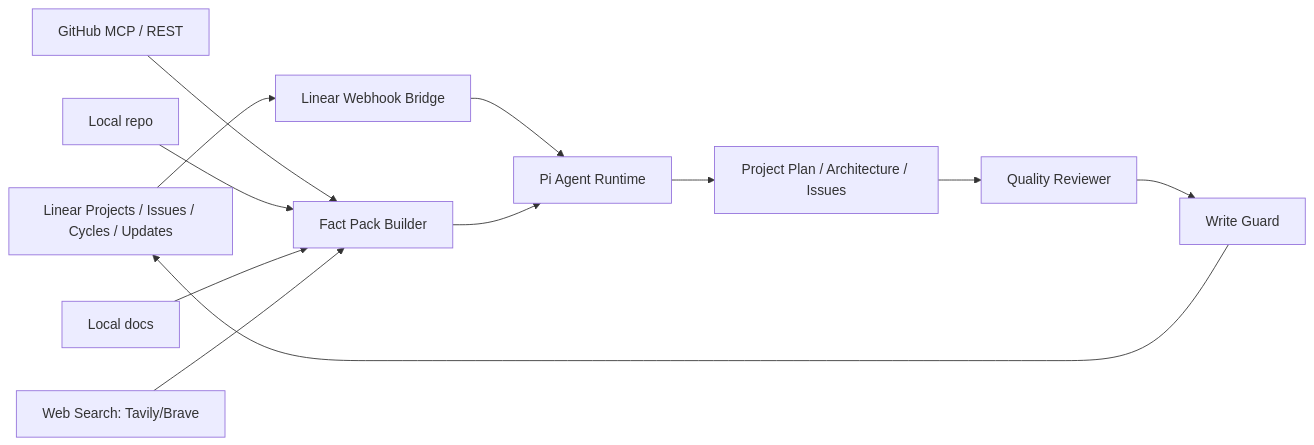
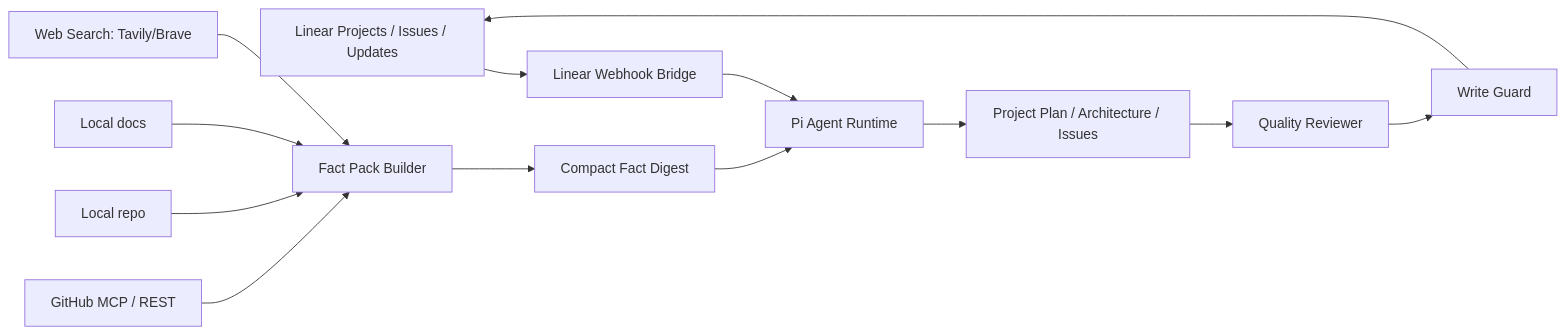
The diagram in README.md (w2030298-art/linear-pi-project-admin-agent), drawn with Mermaid before and after one commit. The commit also changed other lines of this file and 57 other files, not shown here.

````diff
--- a/README.md
+++ b/README.md
@@ -7,14 +7,15 @@
 ```mermaid
 flowchart LR
-  Linear[Linear Projects / Issues / Cycles / Updates] --> Bridge[Linear Webhook Bridge]
+  Linear[Linear Projects / Issues / Updates] --> Bridge[Linear Webhook Bridge]
   GitHub[GitHub MCP / REST] --> Fact[Fact Pack Builder]
   LocalRepo[Local repo] --> Fact
   LocalDocs[Local docs] --> Fact
   Web[Web Search: Tavily/Brave] --> Fact
   Bridge --> Pi[Pi Agent Runtime]
-  Fact --> Pi
+  Fact --> Digest[Compact Fact Digest]
+  Digest --> Pi
   Pi --> Plan[Project Plan / Architecture / Issues]
   Plan --> Review[Quality Reviewer]
   Review --> Guard[Write Guard]
   Guard --> Linear
 ```
````
